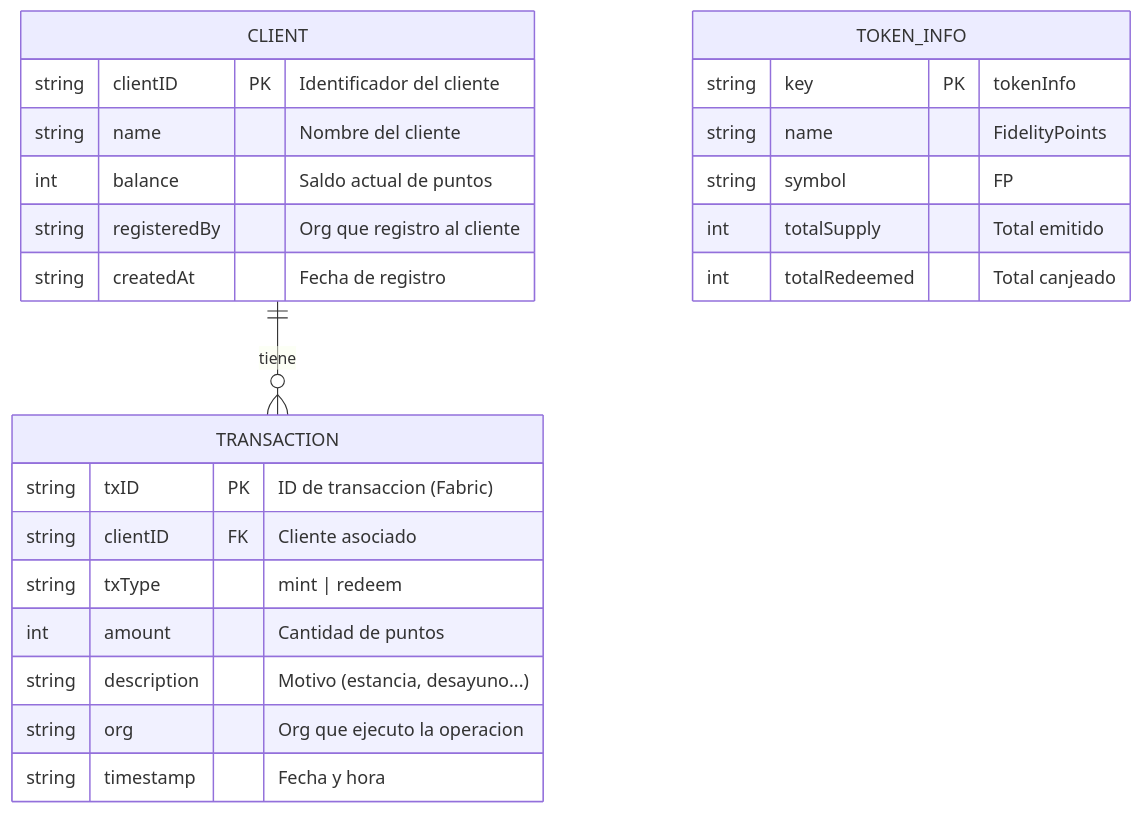
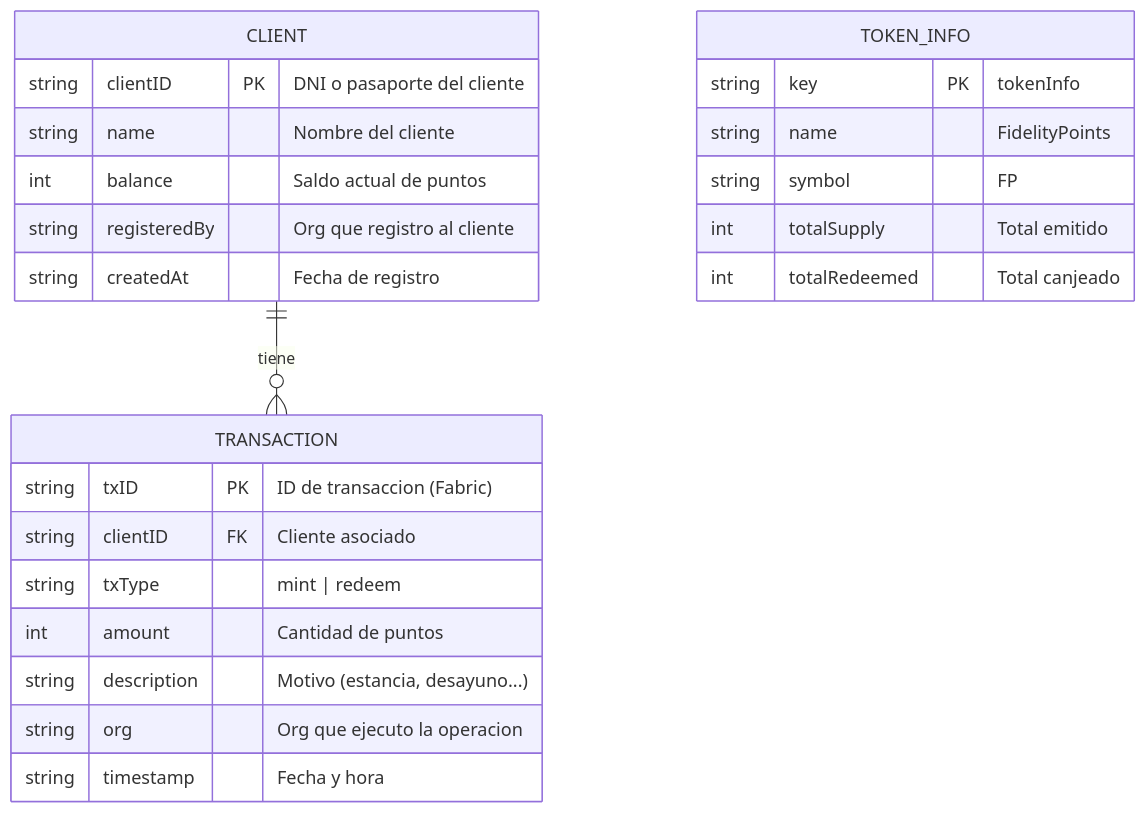
The fifth of 5 diagrams in docs/modulo-6/01-diseno-funcional.md (jjnieto/fabric), drawn with Mermaid before and after one commit. The commit also changed other lines of this file and 4 other files, not shown here.

````diff
--- a/docs/modulo-6/01-diseno-funcional.md
+++ b/docs/modulo-6/01-diseno-funcional.md
@@ -155,30 +155,30 @@
 ```mermaid
 erDiagram
     CLIENT {
-        string clientID PK "Identificador del cliente"
+        string clientID PK "DNI o pasaporte del cliente"
         string name "Nombre del cliente"
         int balance "Saldo actual de puntos"
         string registeredBy "Org que registro al cliente"
         string createdAt "Fecha de registro"
     }
 
     TRANSACTION {
         string txID PK "ID de transaccion (Fabric)"
         string clientID FK "Cliente asociado"
         string txType "mint | redeem"
         int amount "Cantidad de puntos"
         string description "Motivo (estancia, desayuno...)"
         string org "Org que ejecuto la operacion"
         string timestamp "Fecha y hora"
     }
 
     TOKEN_INFO {
         string key PK "tokenInfo"
         string name "FidelityPoints"
         string symbol "FP"
         int totalSupply "Total emitido"
         int totalRedeemed "Total canjeado"
     }
 
     CLIENT ||--o{ TRANSACTION : "tiene"
 ```
````
